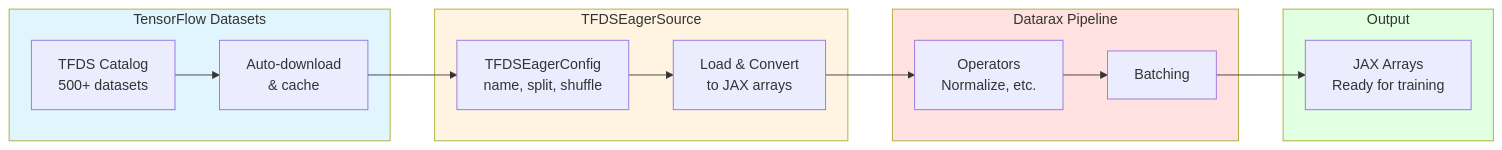
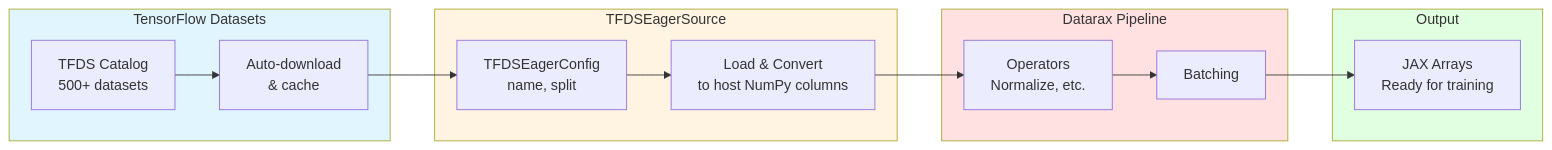
One commit to avitai/datarax changed the diagram in docs/examples/integration/tfds/tfds-quickref.md. Above: the diagram before and after it, drawn with Mermaid. The commit also changed other lines of this file and 223 other files, not shown here.

First line of the commit message:
refactor(sources)!: the source contract: pipeline-owned shuffle, host columns, declared record identity (#57)

````diff
--- a/docs/examples/integration/tfds/tfds-quickref.md
+++ b/docs/examples/integration/tfds/tfds-quickref.md
@@ -229,33 +230,33 @@
 ```mermaid
 flowchart LR
     subgraph TFDS["TensorFlow Datasets"]
         Catalog[TFDS Catalog<br/>500+ datasets]
         Download[Auto-download<br/>& cache]
     end
 
     subgraph Source["TFDSEagerSource"]
-        Config[TFDSEagerConfig<br/>name, split, shuffle]
-        Load[Load & Convert<br/>to JAX arrays]
+        Config[TFDSEagerConfig<br/>name, split]
+        Load[Load & Convert<br/>to host NumPy columns]
     end
 
     subgraph Pipeline["Datarax Pipeline"]
         Op[Operators<br/>Normalize, etc.]
         Batch[Batching]
     end
 
     subgraph Output["Output"]
         JAX[JAX Arrays<br/>Ready for training]
     end
 
     Catalog --> Download
     Download --> Config
     Config --> Load
     Load --> Op
     Op --> Batch
     Batch --> JAX
 
     style TFDS fill:#e1f5ff
     style Source fill:#fff4e1
     style Pipeline fill:#ffe1e1
     style Output fill:#e1ffe1
 ```
````
